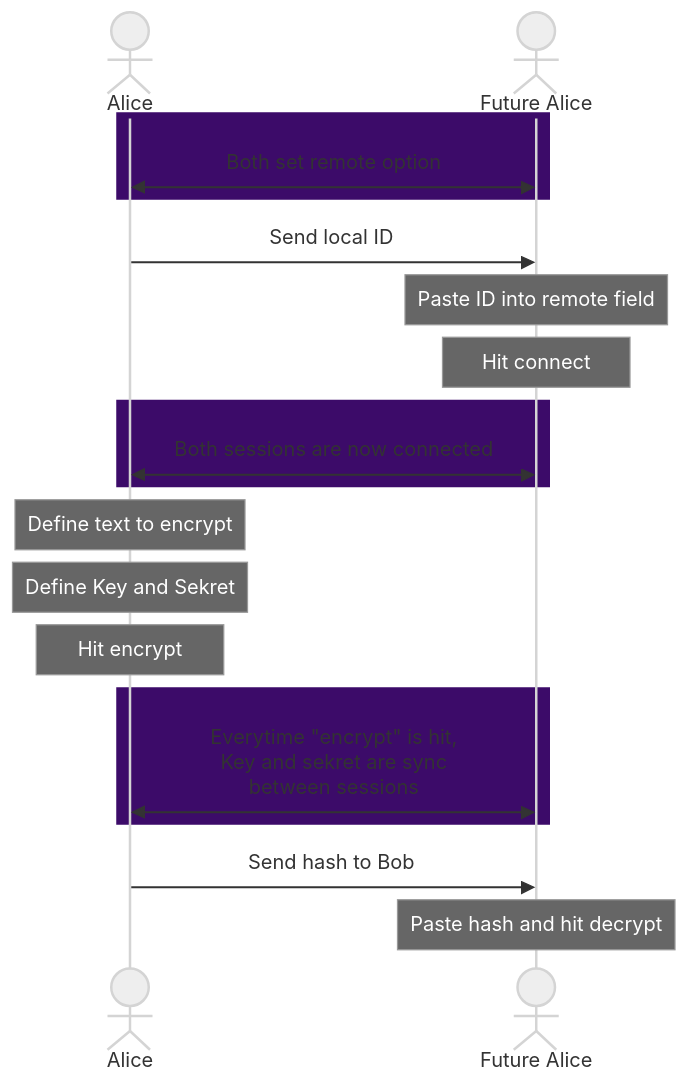
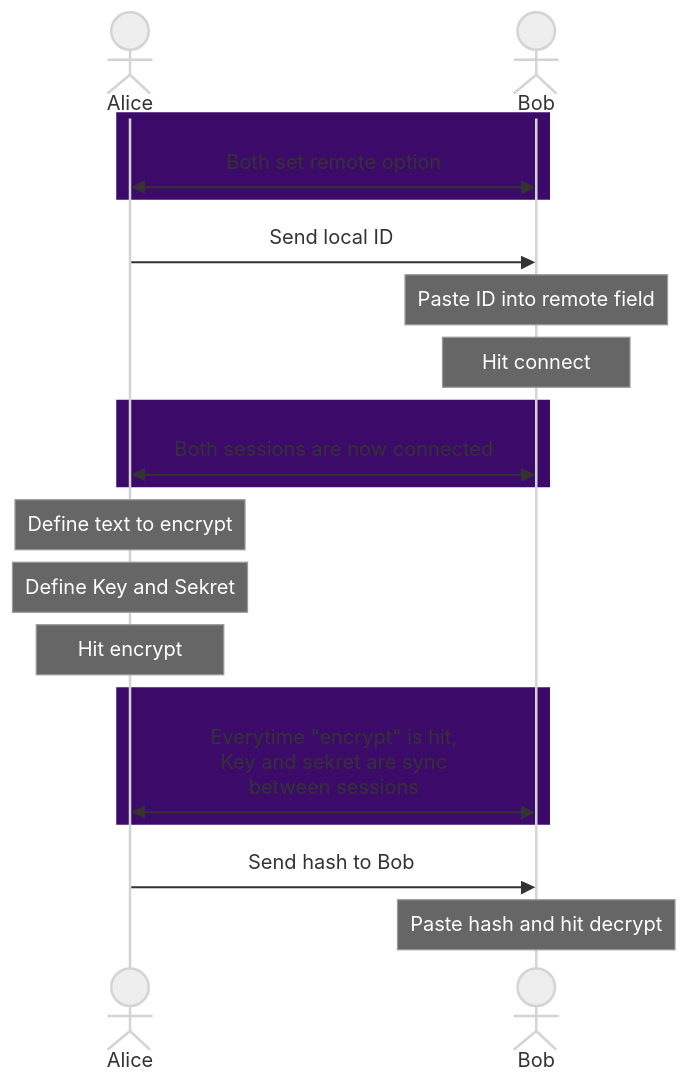
Before and after one commit to ZeroDragon/sekreter: the third of 3 diagrams in README.md, drawn with Mermaid (neutral theme).

Commit message:
update mermaid alice player name

````diff
--- a/README.md
+++ b/README.md
@@ -37,22 +37,22 @@
 ```mermaid
 sequenceDiagram
   actor Alice as Alice
-  actor Bob as Future Alice
+  actor Bob as Bob
   rect rgb(60, 11, 105)
     Alice <<->> Bob: Both set remote option
   end
   Alice ->> Bob: Send local ID
   Note over Bob: Paste ID into remote field
   Note over Bob: Hit connect
   rect rgb(60, 11, 105)
     Alice <<->> Bob: Both sessions are now connected
   end
   Note over Alice: Define text to encrypt
   Note over Alice: Define Key and Sekret
   Note over Alice: Hit encrypt
   rect rgb(60, 11, 105)
     Alice <<->> Bob: Everytime "encrypt" is hit,<br>Key and sekret are sync<br>between sessions
   end
   Alice ->> Bob: Send hash to Bob
   Note over Bob: Paste hash and hit decrypt
 ```
````
